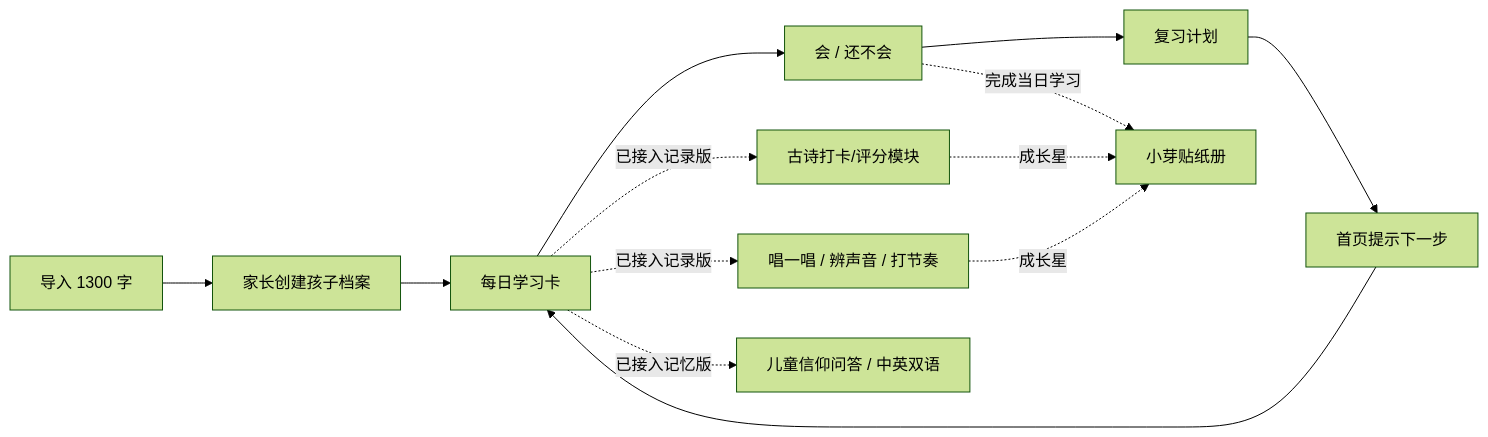
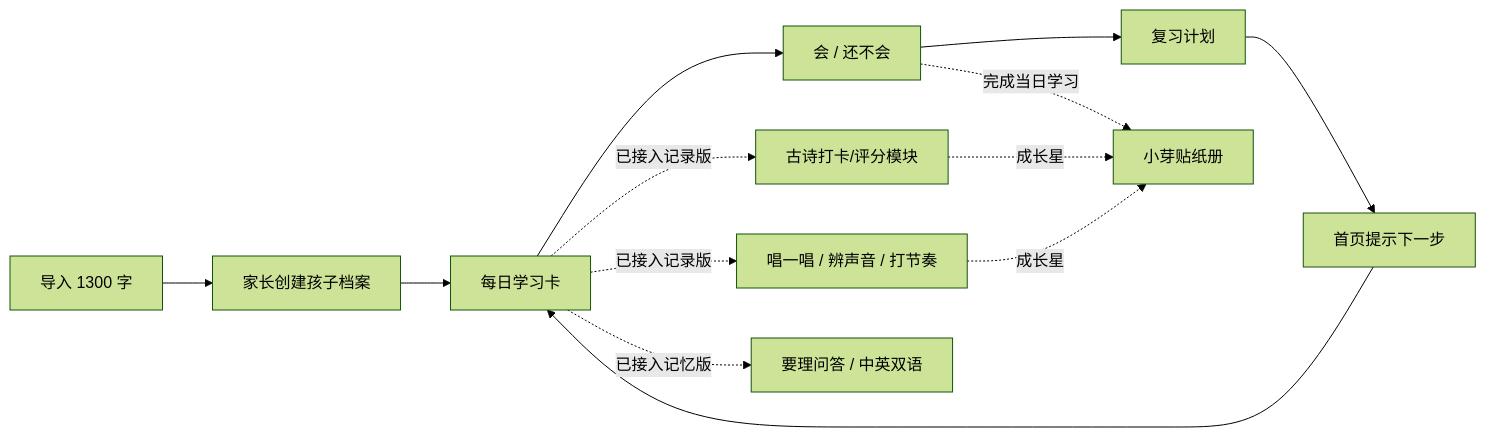
One commit to FisherUp11/Fisher_Learning_System changed the diagram in README.md. Above: the diagram before and after it, drawn with Mermaid (forest theme). The commit also changed other lines of this file and 20 other files, not shown here.

````diff
--- a/README.md
+++ b/README.md
@@ -64,15 +64,15 @@
 ```mermaid
 flowchart LR
   A[导入 1300 字] --> B[家长创建孩子档案]
   B --> C[每日学习卡]
   C --> D[会 / 还不会]
   D --> E[复习计划]
   E --> F[首页提示下一步]
   F --> C
   C -.已接入记录版.-> G[古诗打卡/评分模块]
   C -.已接入记录版.-> H[唱一唱 / 辨声音 / 打节奏]
-  C -.已接入记忆版.-> I[儿童信仰问答 / 中英双语]
+  C -.已接入记忆版.-> I[要理问答 / 中英双语]
   D -.完成当日学习.-> J[小芽贴纸册]
   G -.成长星.-> J
   H -.成长星.-> J
 ```
````
